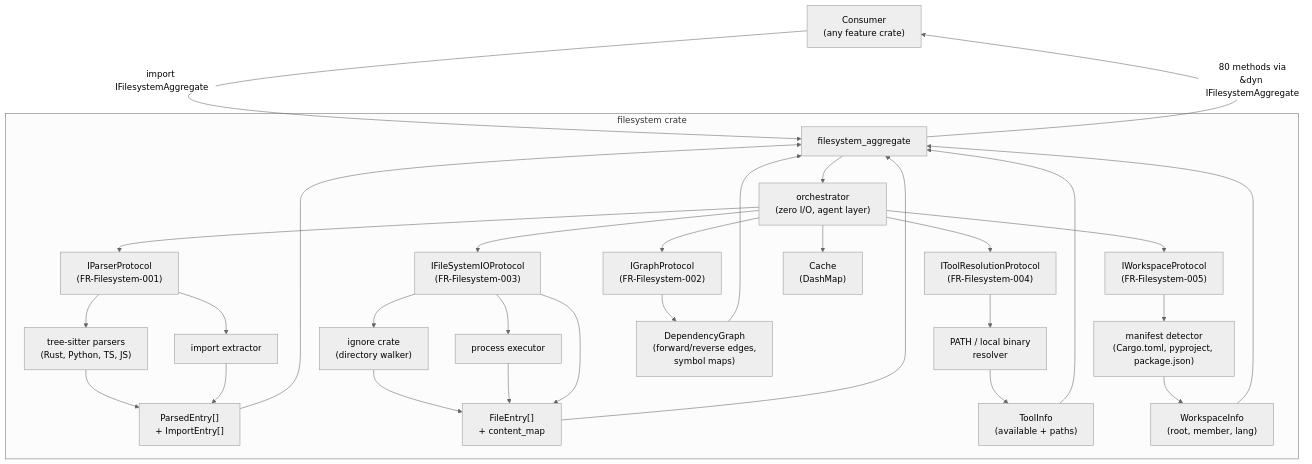
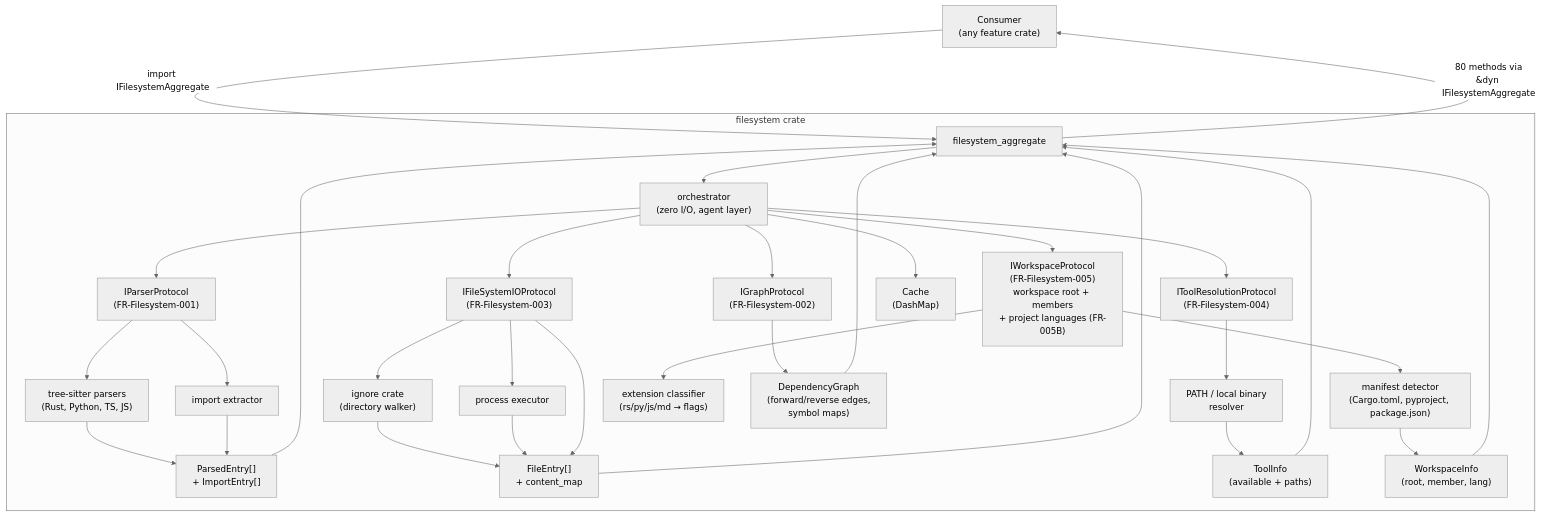
The diagram in crates/filesystem/FRD.md (rakaarwaky/lint-arwaky), drawn with Mermaid (neutral theme) before and after one commit. The commit also changed other lines of this file and 52 other files, not shown here.

````diff
--- a/crates/filesystem/FRD.md
+++ b/crates/filesystem/FRD.md
@@ -17,38 +17,39 @@
 ```mermaid
 flowchart TD
     A["Consumer\n(any feature crate)"] -->|"import IFilesystemAggregate"| D["filesystem_aggregate"]
 
     subgraph FS ["filesystem crate"]
         D --> O["orchestrator\n(zero I/O, agent layer)"]
         O --> P1["IParserProtocol\n(FR-Filesystem-001)"]
         O --> P2["IGraphProtocol\n(FR-Filesystem-002)"]
         O --> P3["IFileSystemIOProtocol\n(FR-Filesystem-003)"]
         O --> P4["IToolResolutionProtocol\n(FR-Filesystem-004)"]
-        O --> P5["IWorkspaceProtocol\n(FR-Filesystem-005)"]
+        O --> P5["IWorkspaceProtocol\n(FR-Filesystem-005)\nworkspace root + members\n+ project languages (FR-005B)"]
         O --> C["Cache\n(DashMap)"]
 
         P1 --> T1["tree-sitter parsers\n(Rust, Python, TS, JS)"]
         P1 --> T2["import extractor"]
         P3 --> T3["ignore crate\n(directory walker)"]
         P3 --> T4["process executor"]
         P4 --> T5["PATH / local binary\nresolver"]
         P5 --> T6["manifest detector\n(Cargo.toml, pyproject, package.json)"]
+        P5 --> T7["extension classifier\n(rs/py/js/md → flags)"]
 
         T1 --> R1["ParsedEntry[]\n+ ImportEntry[]"]
         T2 --> R1
         P2 --> R2["DependencyGraph\n(forward/reverse edges,\nsymbol maps)"]
         T3 --> R3["FileEntry[]\n+ content_map"]
         T4 --> R3
         P3 --> R3
         T5 --> R4["ToolInfo\n(available + paths)"]
         T6 --> R5["WorkspaceInfo\n(root, member, lang)"]
     end
 
     R1 --> D
     R2 --> D
     R3 --> D
     R4 --> D
     R5 --> D
     D -->|"80 methods via\n&dyn IFilesystemAggregate"| A
 
 ```
````
